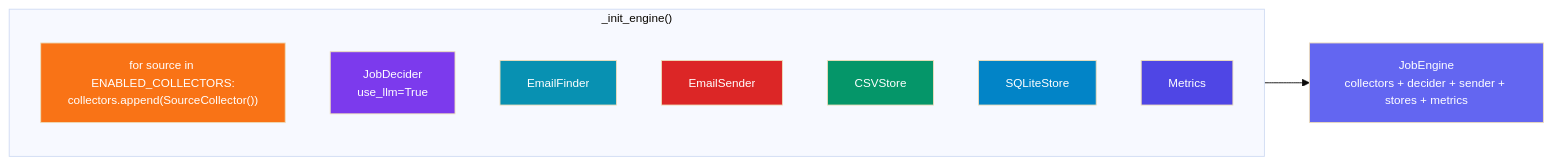
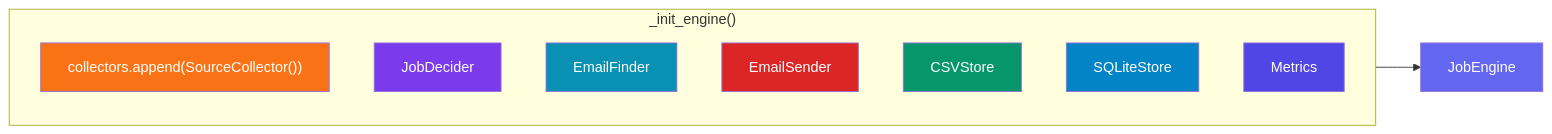
The second of 8 diagrams in ARCHITECTURE.md (FiscalMindset/job), drawn with Mermaid before and after one commit. The commit also changed other lines of this file, not shown here.

First line of the commit message:
docs: reorganize ARCHITECTURE.md into collapsible tabbed sections

````diff
--- a/ARCHITECTURE.md
+++ b/ARCHITECTURE.md
@@ -127,25 +92,22 @@
 ```mermaid
-%%{init: {'theme': 'base', 'themeVariables': { 'fontSize': '13px'}}}%%
 flowchart LR
     subgraph init["_init_engine()"]
         direction TB
-        C["for source in ENABLED_COLLECTORS:<br/>collectors.append(SourceCollector())"]
-        D[JobDecider<br/>use_llm=True]
+        C["collectors.append(SourceCollector())"]
+        D[JobDecider]
         E[EmailFinder]
         S[EmailSender]
         CS[CSVStore]
         SQ[SQLiteStore]
         M[Metrics]
     end
-
-    init --> ENGINE[JobEngine<br/>collectors + decider + sender + stores + metrics]
-
+    init --> ENGINE[JobEngine]
     style C fill:#f97316,color:#fff
     style D fill:#7c3aed,color:#fff
     style E fill:#0891b2,color:#fff
     style S fill:#dc2626,color:#fff
     style CS fill:#059669,color:#fff
     style SQ fill:#0284c7,color:#fff
     style M fill:#4f46e5,color:#fff
     style ENGINE fill:#6366f1,color:#fff
 ```
````
